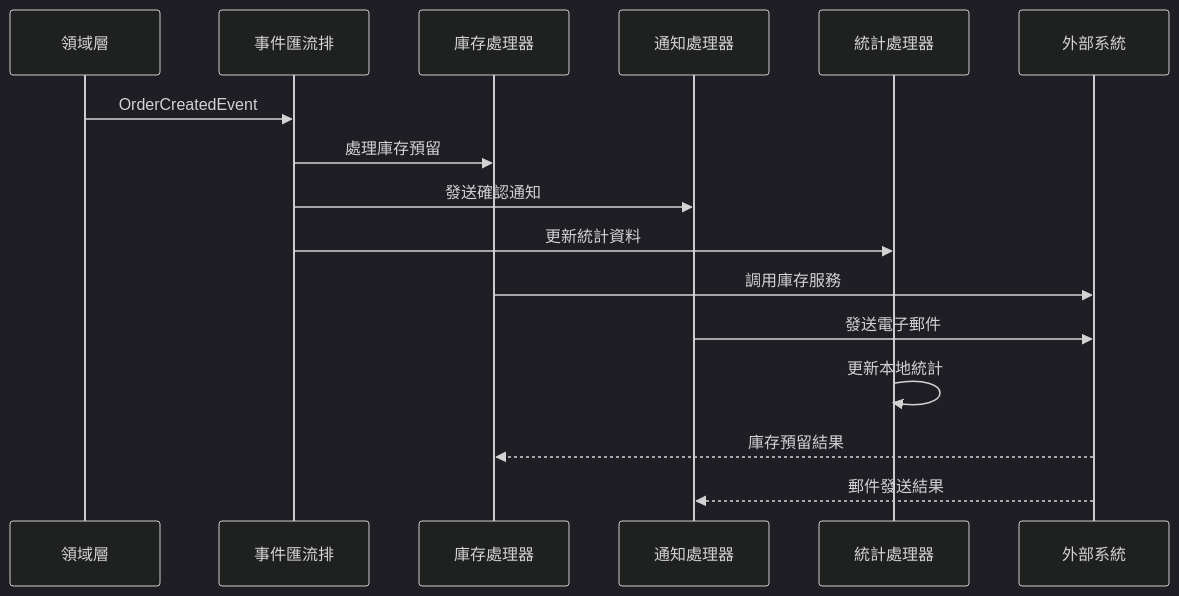
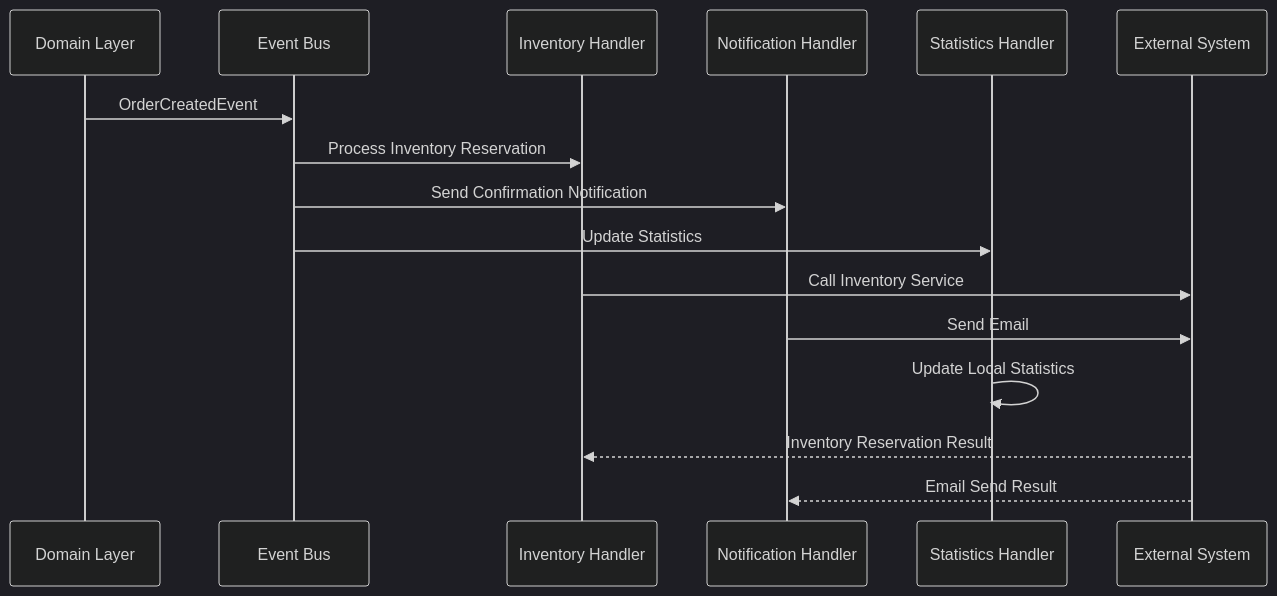
The second of 2 diagrams in docs/viewpoints/information/architecture-elements.md (humank/genai-demo), drawn with Mermaid (dark theme) before and after one commit. The commit also changed other lines of this file and 453 other files, not shown here.

First line of the commit message:
feat: Complete translation of key architecture and API documentation

````diff
--- a/docs/viewpoints/information/architecture-elements.md
+++ b/docs/viewpoints/information/architecture-elements.md
@@ -214,21 +214,21 @@
 ```mermaid
 sequenceDiagram
-    participant Domain as 領域層
-    participant EventBus as 事件匯流排
-    participant Handler1 as 庫存處理器
-    participant Handler2 as 通知處理器
-    participant Handler3 as 統計處理器
-    participant ExtSys as 外部系統
+    participant Domain as Domain Layer
+    participant EventBus as Event Bus
+    participant Handler1 as Inventory Handler
+    participant Handler2 as Notification Handler
+    participant Handler3 as Statistics Handler
+    participant ExtSys as External System
     
     Domain->>EventBus: OrderCreatedEvent
-    EventBus->>Handler1: 處理庫存預留
-    EventBus->>Handler2: 發送確認通知
-    EventBus->>Handler3: 更新統計資料
+    EventBus->>Handler1: Process Inventory Reservation
+    EventBus->>Handler2: Send Confirmation Notification
+    EventBus->>Handler3: Update Statistics
     
-    Handler1->>ExtSys: 調用庫存服務
-    Handler2->>ExtSys: 發送電子郵件
-    Handler3->>Handler3: 更新本地統計
+    Handler1->>ExtSys: Call Inventory Service
+    Handler2->>ExtSys: Send Email
+    Handler3->>Handler3: Update Local Statistics
     
-    ExtSys-->>Handler1: 庫存預留結果
-    ExtSys-->>Handler2: 郵件發送結果
+    ExtSys-->>Handler1: Inventory Reservation Result
+    ExtSys-->>Handler2: Email Send Result
 ```
````
